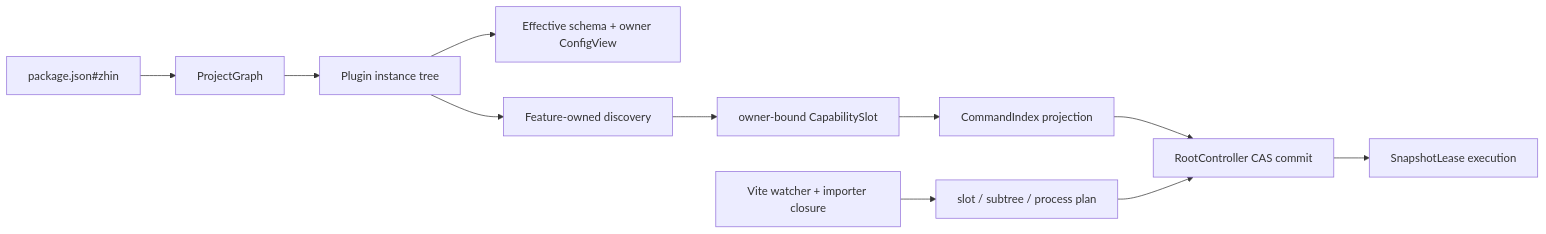
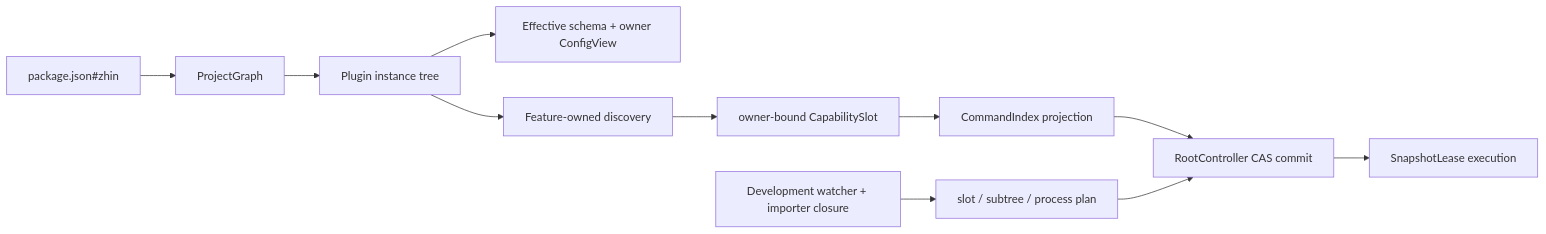
Before and after one commit to zhinjs/zhin: the diagram in docs/architecture/target-implementation/greenfield-bootstrap.md, drawn with Mermaid. The commit also changed other lines of this file and 12 other files, not shown here.

````diff
--- a/docs/architecture/target-implementation/greenfield-bootstrap.md
+++ b/docs/architecture/target-implementation/greenfield-bootstrap.md
@@ -19,13 +19,13 @@
 ```mermaid
 flowchart LR
   Manifest["package.json#zhin"] --> Graph["ProjectGraph"]
   Graph --> Tree["Plugin instance tree"]
   Tree --> Config["Effective schema + owner ConfigView"]
   Tree --> Discovery["Feature-owned discovery"]
   Discovery --> Slot["owner-bound CapabilitySlot"]
   Slot --> Projection["CommandIndex projection"]
   Projection --> Commit["RootController CAS commit"]
   Commit --> Lease["SnapshotLease execution"]
-  Watch["Vite watcher + importer closure"] --> Plan["slot / subtree / process plan"]
+  Watch["Development watcher + importer closure"] --> Plan["slot / subtree / process plan"]
   Plan --> Commit
 ```
````
